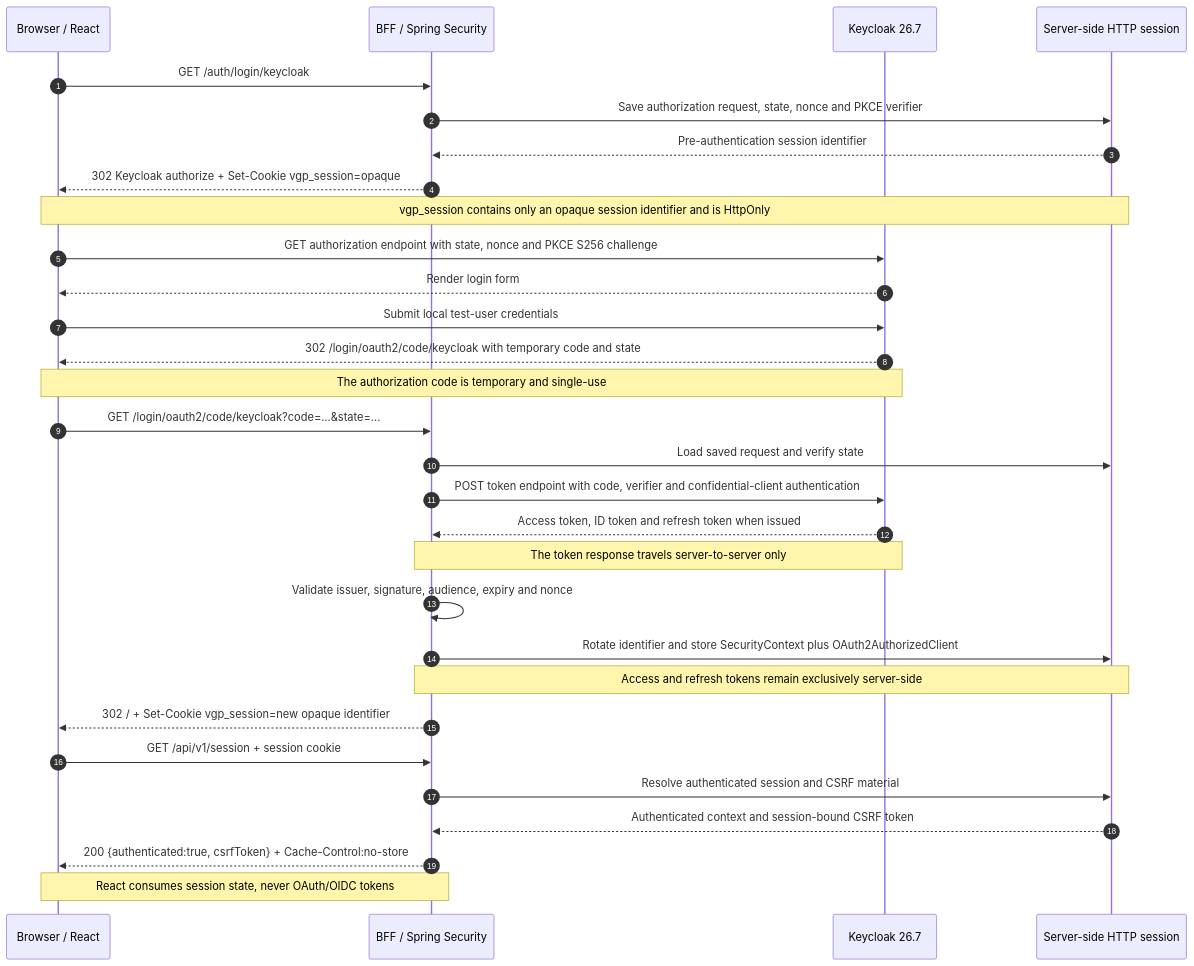
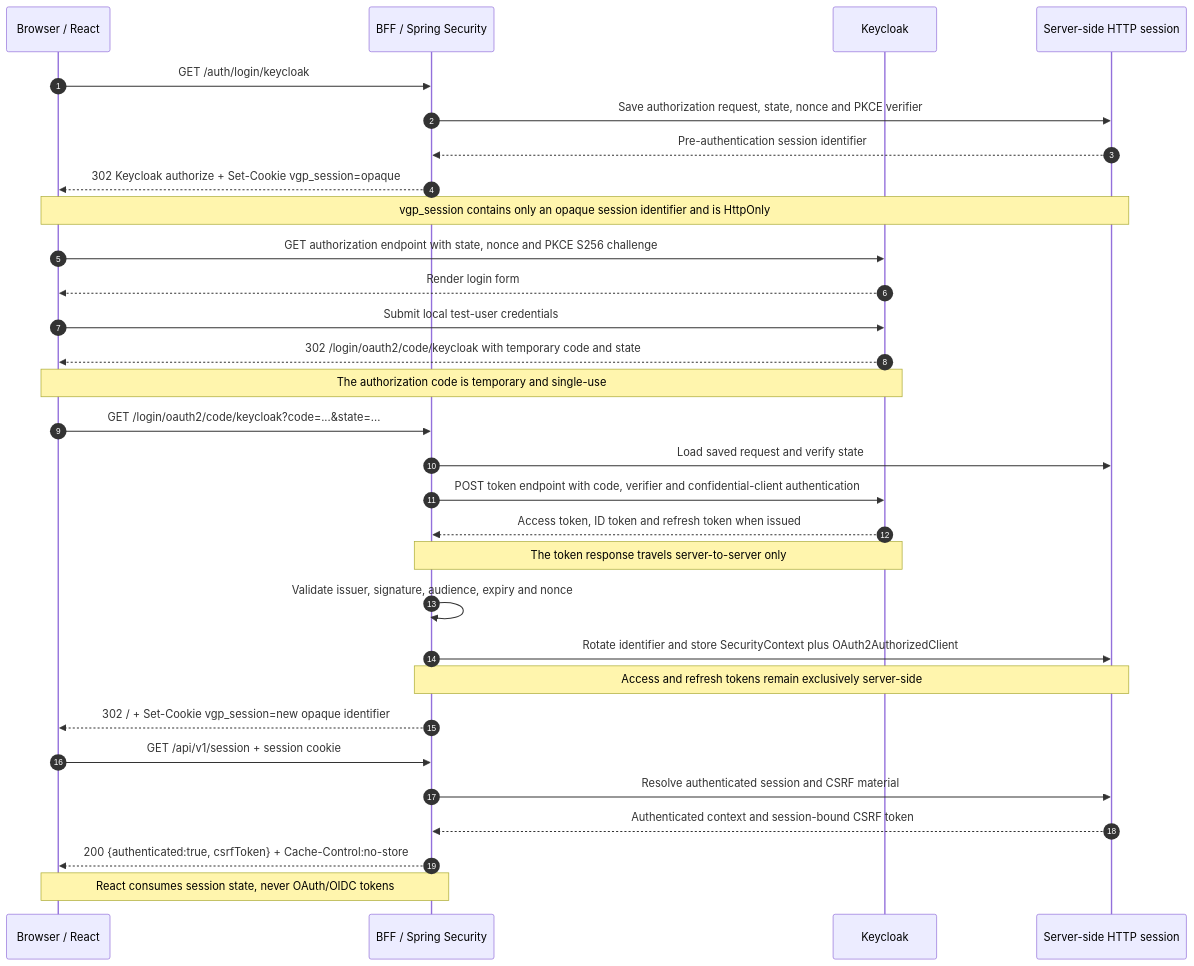
The diagram in docs/architecture/diagrams/mermaid/oidc-bff-session-sequence.mmd (rubhern/videogame-platform), drawn with Mermaid before and after one commit. The commit also changed 37 other files, not shown here.

```diff
--- a/docs/architecture/diagrams/mermaid/oidc-bff-session-sequence.mmd
+++ b/docs/architecture/diagrams/mermaid/oidc-bff-session-sequence.mmd
@@ -1,32 +1,32 @@
 sequenceDiagram
     autonumber
 
     participant Browser as Browser / React
     participant BFF as BFF / Spring Security
-    participant Keycloak as Keycloak 26.7
+    participant Keycloak
     participant Session as Server-side HTTP session
 
     Browser->>BFF: GET /auth/login/keycloak
     BFF->>Session: Save authorization request, state, nonce and PKCE verifier
     Session-->>BFF: Pre-authentication session identifier
     BFF-->>Browser: 302 Keycloak authorize + Set-Cookie vgp_session=opaque
     Note over Browser,Session: vgp_session contains only an opaque session identifier and is HttpOnly
     Browser->>Keycloak: GET authorization endpoint with state, nonce and PKCE S256 challenge
     Keycloak-->>Browser: Render login form
     Browser->>Keycloak: Submit local test-user credentials
     Keycloak-->>Browser: 302 /login/oauth2/code/keycloak with temporary code and state
     Note over Browser,Keycloak: The authorization code is temporary and single-use
     Browser->>BFF: GET /login/oauth2/code/keycloak?code=...&state=...
     BFF->>Session: Load saved request and verify state
     BFF->>Keycloak: POST token endpoint with code, verifier and confidential-client authentication
     Keycloak-->>BFF: Access token, ID token and refresh token when issued
     Note over BFF,Keycloak: The token response travels server-to-server only
     BFF->>BFF: Validate issuer, signature, audience, expiry and nonce
     BFF->>Session: Rotate identifier and store SecurityContext plus OAuth2AuthorizedClient
     Note over BFF,Session: Access and refresh tokens remain exclusively server-side
     BFF-->>Browser: 302 / + Set-Cookie vgp_session=new opaque identifier
     Browser->>BFF: GET /api/v1/session + session cookie
     BFF->>Session: Resolve authenticated session and CSRF material
     Session-->>BFF: Authenticated context and session-bound CSRF token
     BFF-->>Browser: 200 {authenticated:true, csrfToken} + Cache-Control:no-store
     Note over Browser,BFF: React consumes session state, never OAuth/OIDC tokens
```
